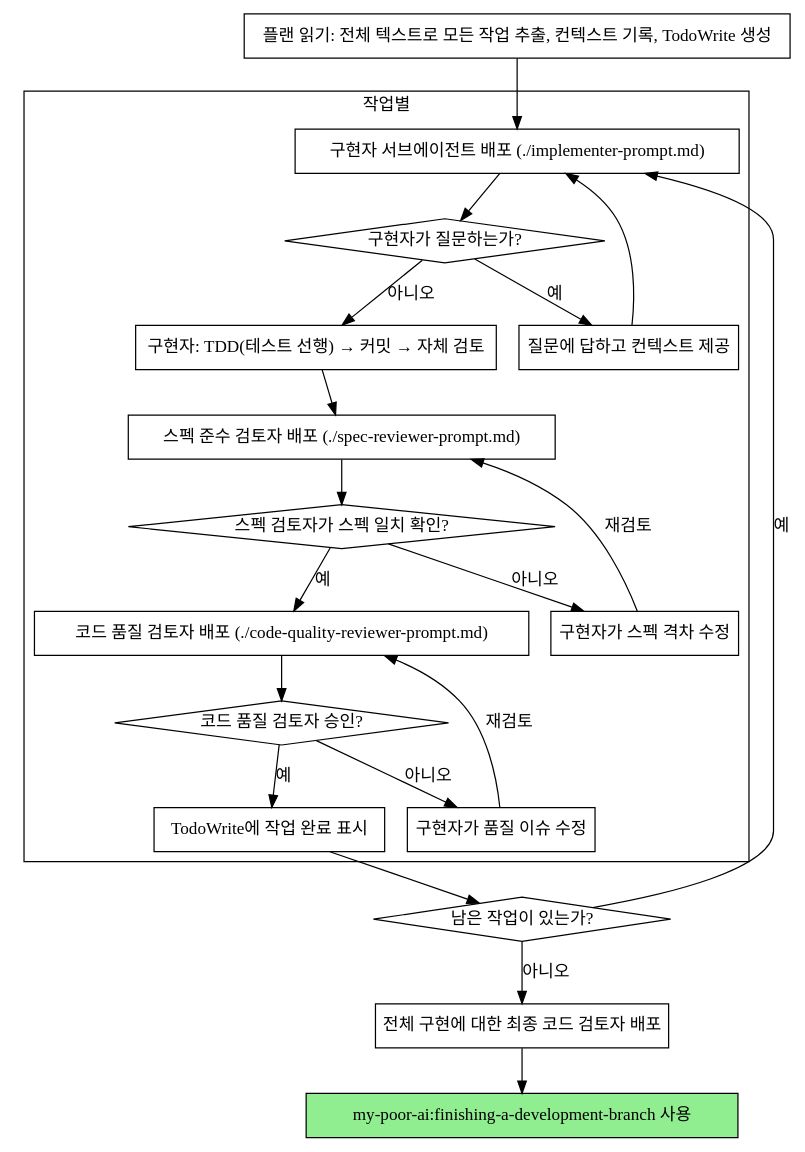
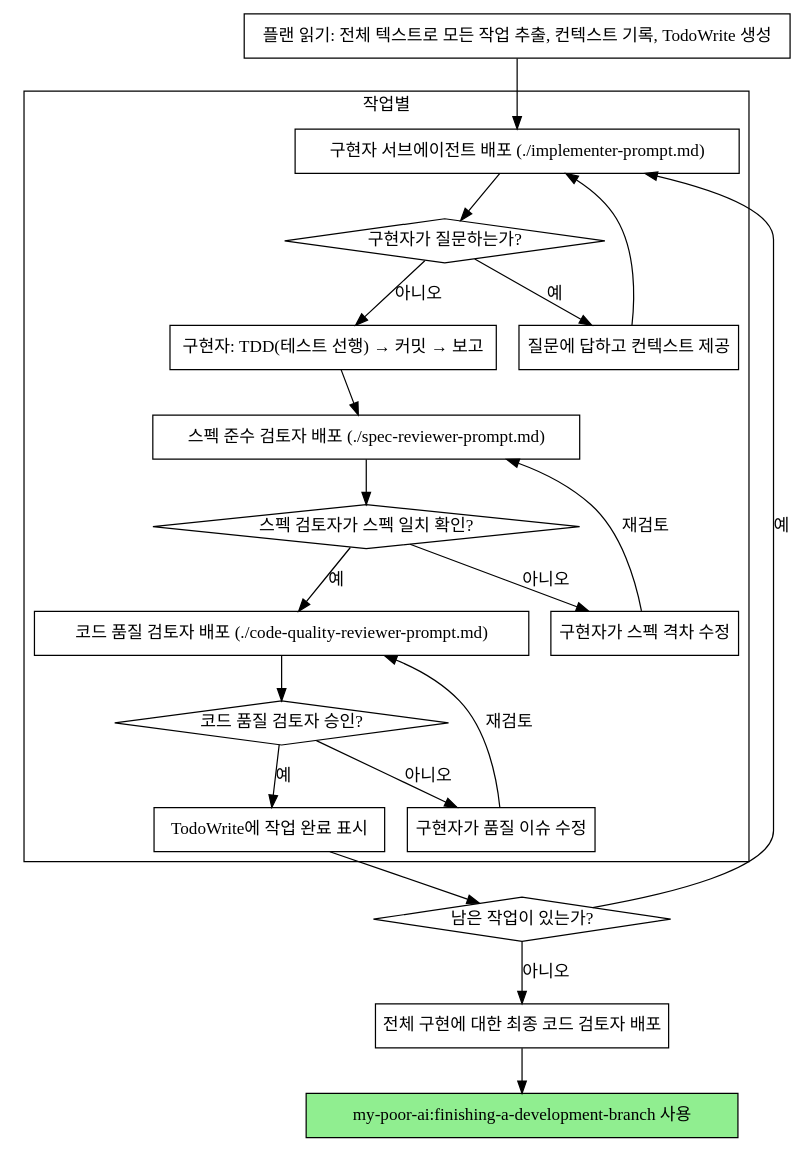
One commit to hicucu/my-poor-ai changed the second of 2 diagrams in skills/subagent-driven-development/SKILL.md. Above: the diagram before and after it, drawn with Graphviz. The commit also changed other lines of this file and 29 other files, not shown here.

````diff
--- a/skills/subagent-driven-development/SKILL.md
+++ b/skills/subagent-driven-development/SKILL.md
@@ -45,44 +45,44 @@
 ```dot
 digraph process {
     rankdir=TB;
 
     subgraph cluster_per_task {
         label="작업별";
         "구현자 서브에이전트 배포 (./implementer-prompt.md)" [shape=box];
         "구현자가 질문하는가?" [shape=diamond];
         "질문에 답하고 컨텍스트 제공" [shape=box];
-        "구현자: TDD(테스트 선행) → 커밋 → 자체 검토" [shape=box];
+        "구현자: TDD(테스트 선행) → 커밋 → 보고" [shape=box];
         "스펙 준수 검토자 배포 (./spec-reviewer-prompt.md)" [shape=box];
         "스펙 검토자가 스펙 일치 확인?" [shape=diamond];
         "구현자가 스펙 격차 수정" [shape=box];
         "코드 품질 검토자 배포 (./code-quality-reviewer-prompt.md)" [shape=box];
         "코드 품질 검토자 승인?" [shape=diamond];
         "구현자가 품질 이슈 수정" [shape=box];
         "TodoWrite에 작업 완료 표시" [shape=box];
     }
 
     "플랜 읽기: 전체 텍스트로 모든 작업 추출, 컨텍스트 기록, TodoWrite 생성" [shape=box];
     "남은 작업이 있는가?" [shape=diamond];
     "전체 구현에 대한 최종 코드 검토자 배포" [shape=box];
     "my-poor-ai:finishing-a-development-branch 사용" [shape=box style=filled fillcolor=lightgreen];
 
     "플랜 읽기: 전체 텍스트로 모든 작업 추출, 컨텍스트 기록, TodoWrite 생성" -> "구현자 서브에이전트 배포 (./implementer-prompt.md)";
     "구현자 서브에이전트 배포 (./implementer-prompt.md)" -> "구현자가 질문하는가?";
     "구현자가 질문하는가?" -> "질문에 답하고 컨텍스트 제공" [label="예"];
     "질문에 답하고 컨텍스트 제공" -> "구현자 서브에이전트 배포 (./implementer-prompt.md)";
-    "구현자가 질문하는가?" -> "구현자: TDD(테스트 선행) → 커밋 → 자체 검토" [label="아니오"];
-    "구현자: TDD(테스트 선행) → 커밋 → 자체 검토" -> "스펙 준수 검토자 배포 (./spec-reviewer-prompt.md)";
+    "구현자가 질문하는가?" -> "구현자: TDD(테스트 선행) → 커밋 → 보고" [label="아니오"];
+    "구현자: TDD(테스트 선행) → 커밋 → 보고" -> "스펙 준수 검토자 배포 (./spec-reviewer-prompt.md)";
     "스펙 준수 검토자 배포 (./spec-reviewer-prompt.md)" -> "스펙 검토자가 스펙 일치 확인?";
     "스펙 검토자가 스펙 일치 확인?" -> "구현자가 스펙 격차 수정" [label="아니오"];
     "구현자가 스펙 격차 수정" -> "스펙 준수 검토자 배포 (./spec-reviewer-prompt.md)" [label="재검토"];
     "스펙 검토자가 스펙 일치 확인?" -> "코드 품질 검토자 배포 (./code-quality-reviewer-prompt.md)" [label="예"];
     "코드 품질 검토자 배포 (./code-quality-reviewer-prompt.md)" -> "코드 품질 검토자 승인?";
     "코드 품질 검토자 승인?" -> "구현자가 품질 이슈 수정" [label="아니오"];
     "구현자가 품질 이슈 수정" -> "코드 품질 검토자 배포 (./code-quality-reviewer-prompt.md)" [label="재검토"];
     "코드 품질 검토자 승인?" -> "TodoWrite에 작업 완료 표시" [label="예"];
     "TodoWrite에 작업 완료 표시" -> "남은 작업이 있는가?";
     "남은 작업이 있는가?" -> "구현자 서브에이전트 배포 (./implementer-prompt.md)" [label="예"];
     "남은 작업이 있는가?" -> "전체 구현에 대한 최종 코드 검토자 배포" [label="아니오"];
     "전체 구현에 대한 최종 코드 검토자 배포" -> "my-poor-ai:finishing-a-development-branch 사용";
 }
 ```
````
